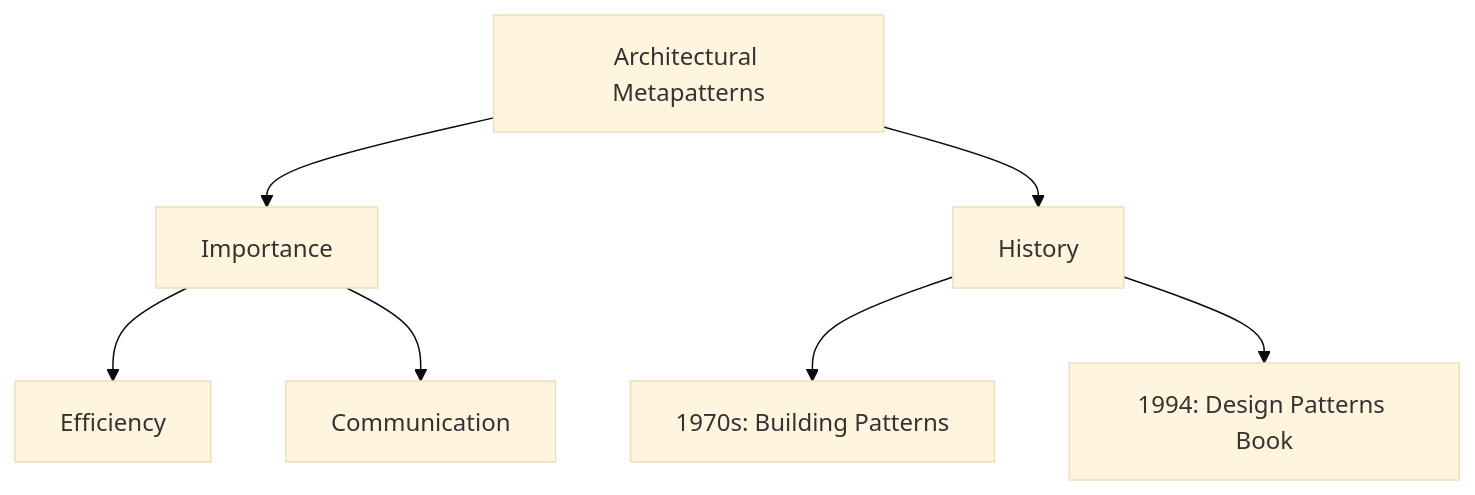
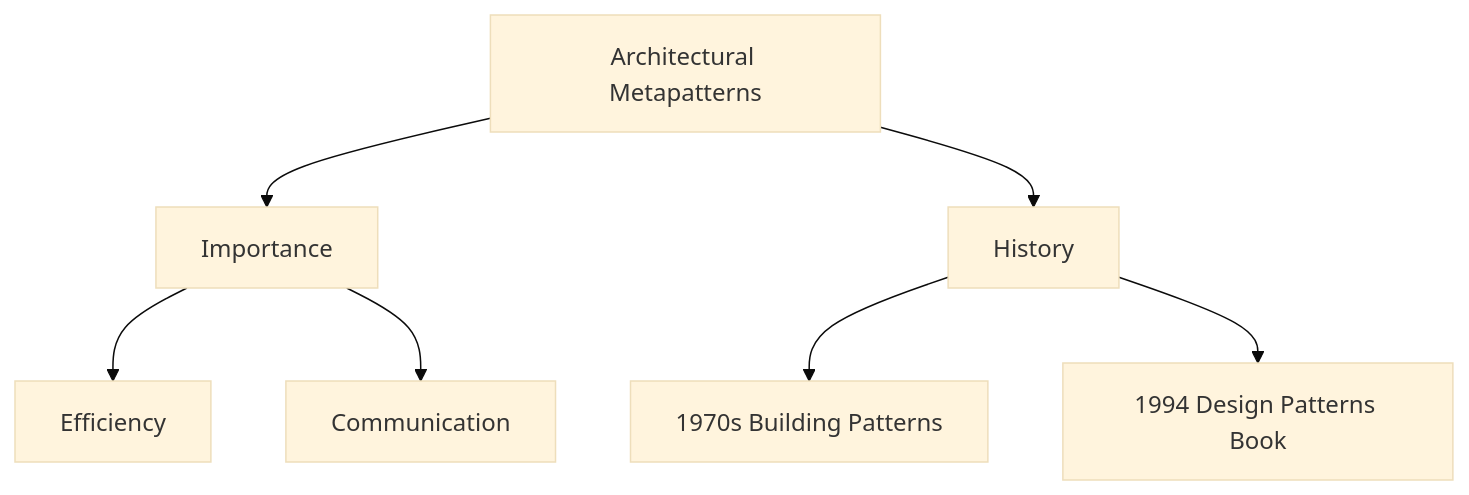
The first of 32 diagrams in content/post/2024/2024-09-13-architectual-metapattern/index.md (42jerrykim/42jerrykim.github.io), drawn with Mermaid (base theme) before and after one commit. The commit also changed other lines of this file and 239 other files, not shown here.

````diff
--- a/content/post/2024/2024-09-13-architectual-metapattern/index.md
+++ b/content/post/2024/2024-09-13-architectual-metapattern/index.md
@@ -183,9 +135,9 @@
 ```mermaid
-graph TD;
-    A[Architectural Metapatterns] --> B[Importance];
-    A --> C[History];
-    B --> D[Efficiency];
-    B --> E[Communication];
-    C --> F[1970s: Building Patterns];
-    C --> G[1994: Design Patterns Book];
+graph TD
+    MetaPattern["Architectural Metapatterns"] --> Importance["Importance"]
+    MetaPattern --> History["History"]
+    Importance --> Efficiency["Efficiency"]
+    Importance --> Communication["Communication"]
+    History --> BuildingPatterns["1970s Building Patterns"]
+    History --> DesignPatternsBook["1994 Design Patterns Book"]
 ```
````
